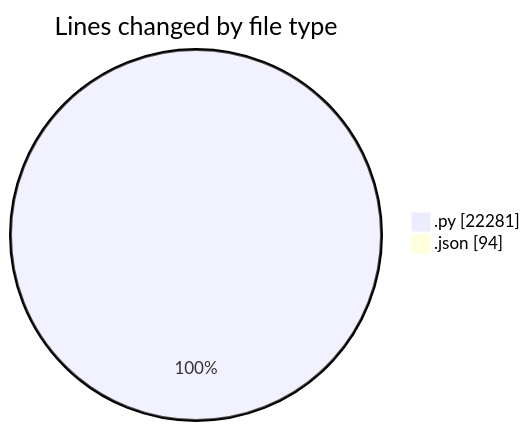
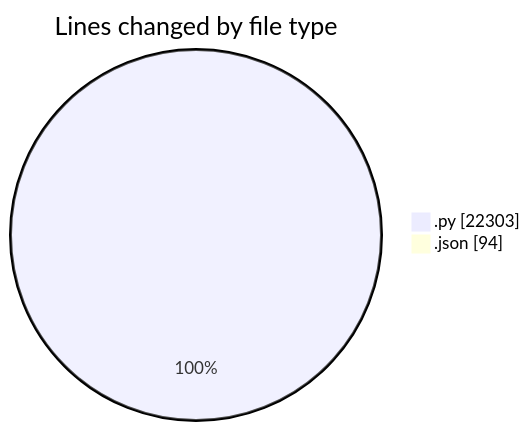
The first of 2 diagrams in 2025-07-14/telebot/README.md (jrari/code-tracking), drawn with Mermaid before and after one commit. The commit also changed other lines of this file and 1 other file, not shown here.

````diff
--- a/2025-07-14/telebot/README.md
+++ b/2025-07-14/telebot/README.md
@@ -46,6 +46,6 @@
 ```mermaid
 pie showData
 title Lines changed by file type
-".py" : 22281
+".py" : 22303
 ".json" : 94
 ```
````
